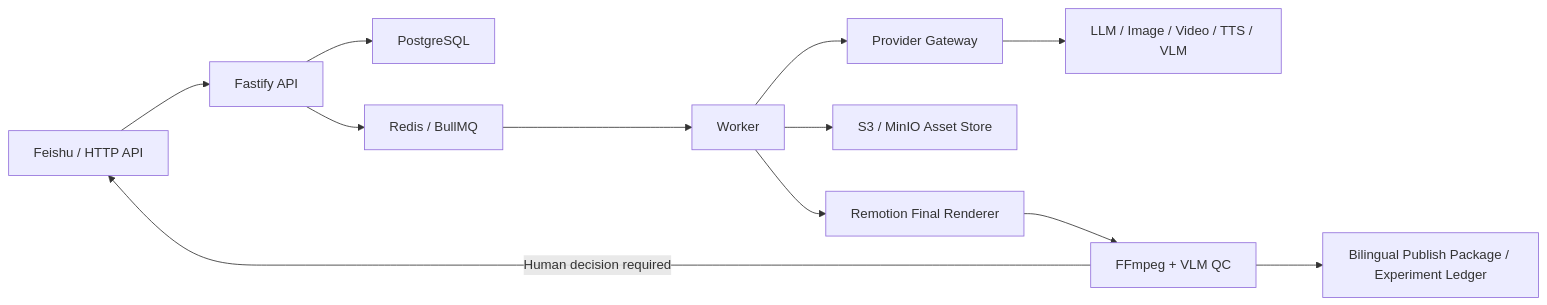
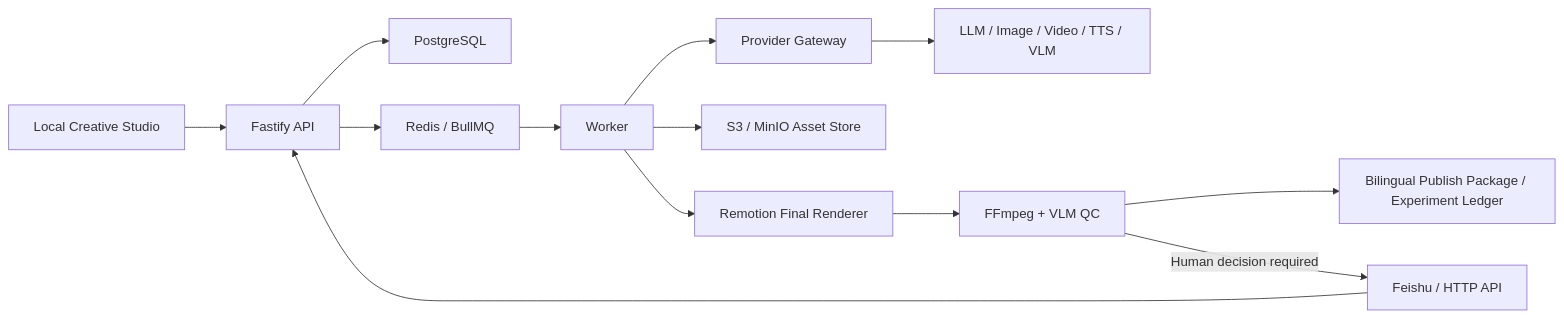
Before and after one commit to qybaihe/onecrew: the diagram in README.en.md, drawn with Mermaid. The commit also changed other lines of this file and 44 other files, not shown here.

Commit message:
feat: add creative studio and project import

````diff
--- a/README.en.md
+++ b/README.en.md
@@ -35,14 +37,15 @@
 ```mermaid
 flowchart LR
-  A["Feishu / HTTP API"] --> B["Fastify API"]
+  L["Local Creative Studio"] --> B["Fastify API"]
+  A["Feishu / HTTP API"] --> B
   B --> C["PostgreSQL"]
   B --> D["Redis / BullMQ"]
   D --> E["Worker"]
   E --> F["Provider Gateway"]
   F --> G["LLM / Image / Video / TTS / VLM"]
   E --> H["S3 / MinIO Asset Store"]
   E --> I["Remotion Final Renderer"]
   I --> J["FFmpeg + VLM QC"]
   J --> K["Bilingual Publish Package / Experiment Ledger"]
   J -->|Human decision required| A
 ```
````
